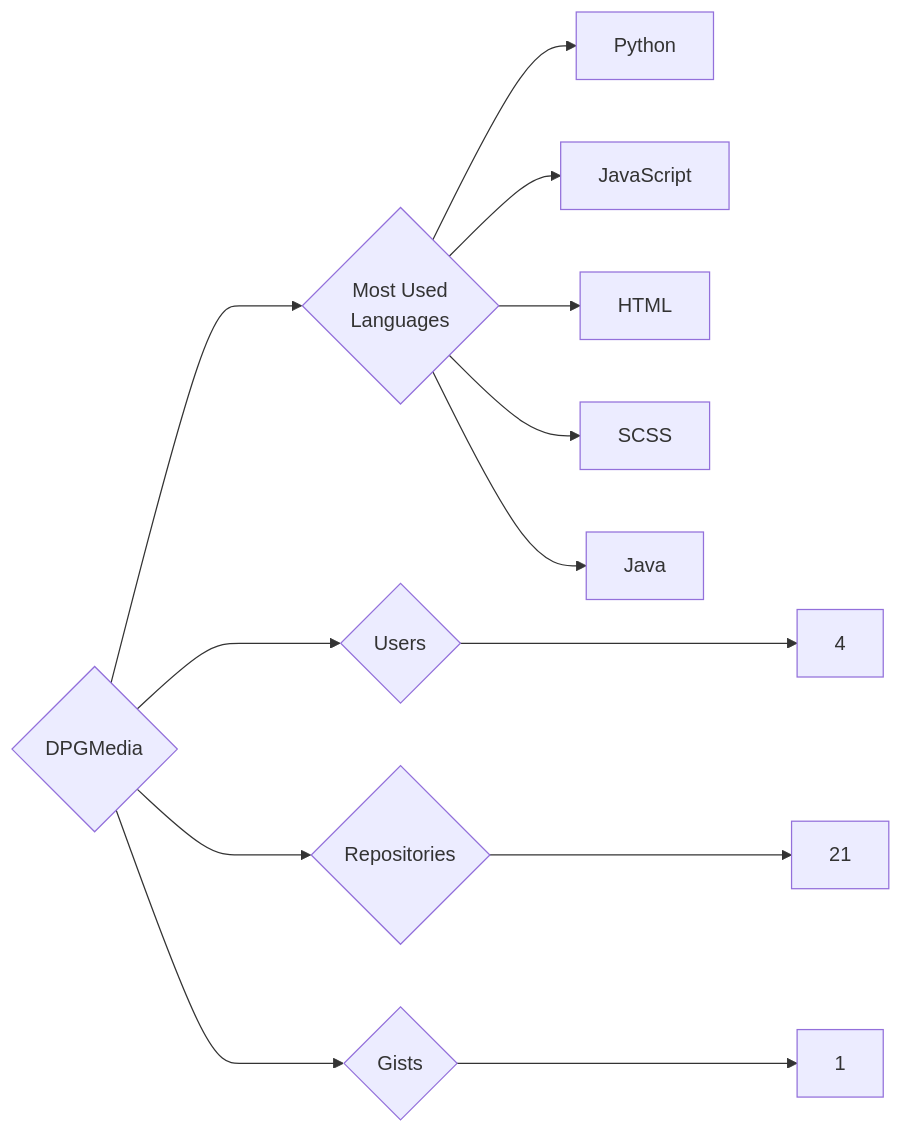
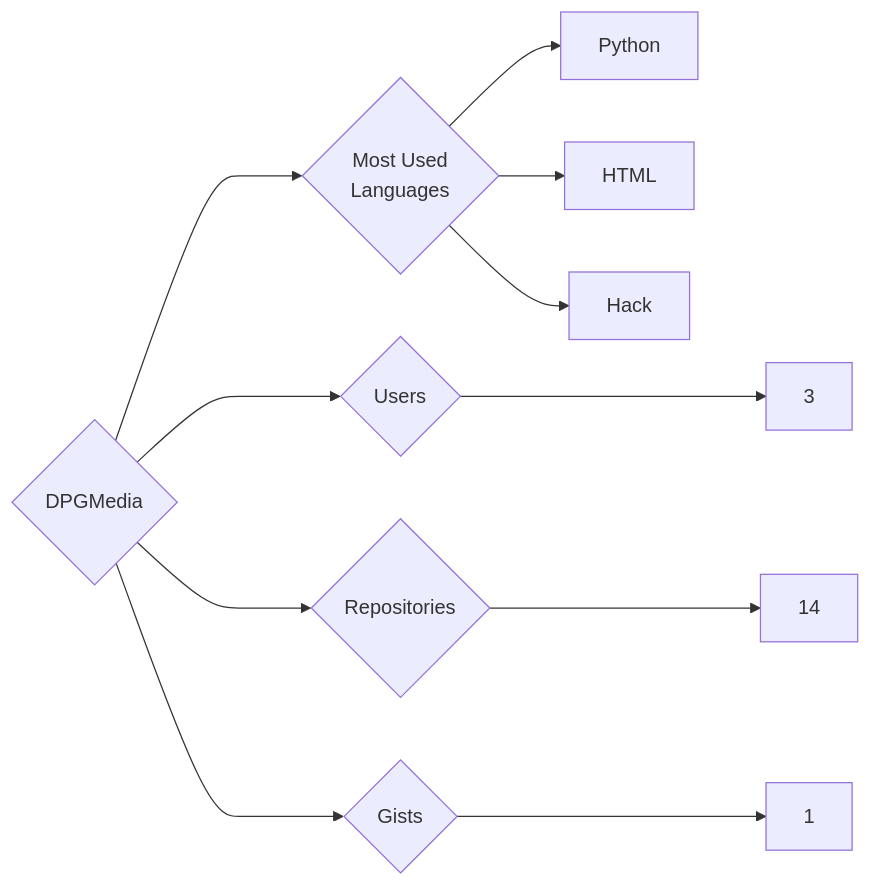
One commit to trickest/insiders changed the diagram in targets/DPGMedia/README.md. Above: the diagram before and after it, drawn with Mermaid. The commit also changed 724 other files, not shown here.

````diff
--- a/targets/DPGMedia/README.md
+++ b/targets/DPGMedia/README.md
@@ -3,13 +3,11 @@
 ```mermaid
 graph LR
 COMPANY_NAME{DPGMedia}
-COMPANY_NAME ---> U{Users} ---> UN[4]
-COMPANY_NAME ---> R{Repositories} ---> RN[21]
+COMPANY_NAME ---> U{Users} ---> UN[3]
+COMPANY_NAME ---> R{Repositories} ---> RN[14]
 COMPANY_NAME ---> G{Gists} ---> GN[1]
 COMPANY_NAME ---> ML{Most Used<br>Languages}
 ML --> Python[Python]
-ML --> JavaScript[JavaScript]
 ML --> HTML[HTML]
-ML --> SCSS[SCSS]
-ML --> Java[Java]
+ML --> Hack[Hack]
 ```
````
